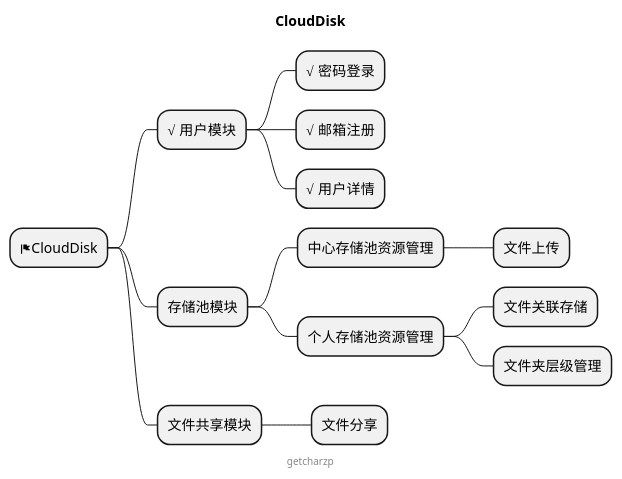
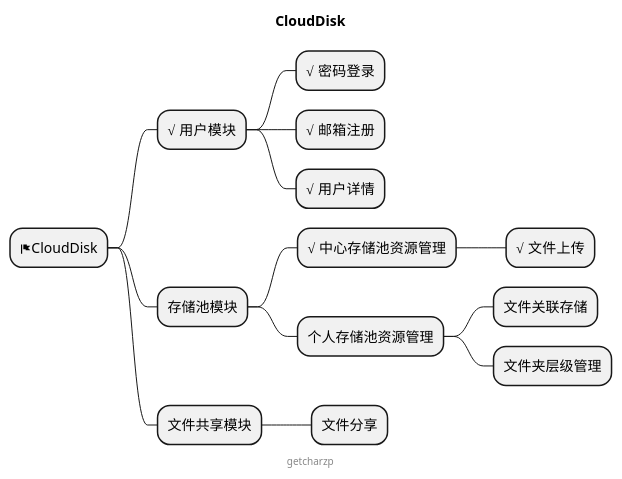
Before and after one commit to GetcharZp/cloud-disk: the diagram in MIND.puml, drawn with PlantUML. The commit also changed 1 other file, not shown here.

```diff
--- a/MIND.puml
+++ b/MIND.puml
@@ -1,21 +1,21 @@
 @startmindmap
 
 title CloudDisk
 
 * <&flag>CloudDisk
 ** √ 用户模块
 *** √ 密码登录
 *** √ 邮箱注册
 *** √ 用户详情
 ** 存储池模块
-*** 中心存储池资源管理
-**** 文件上传
+*** √ 中心存储池资源管理
+**** √ 文件上传
 *** 个人存储池资源管理
 **** 文件关联存储
 **** 文件夹层级管理
 ** 文件共享模块
 *** 文件分享
 
 center footer getcharzp
 
 @endmindmap
```
